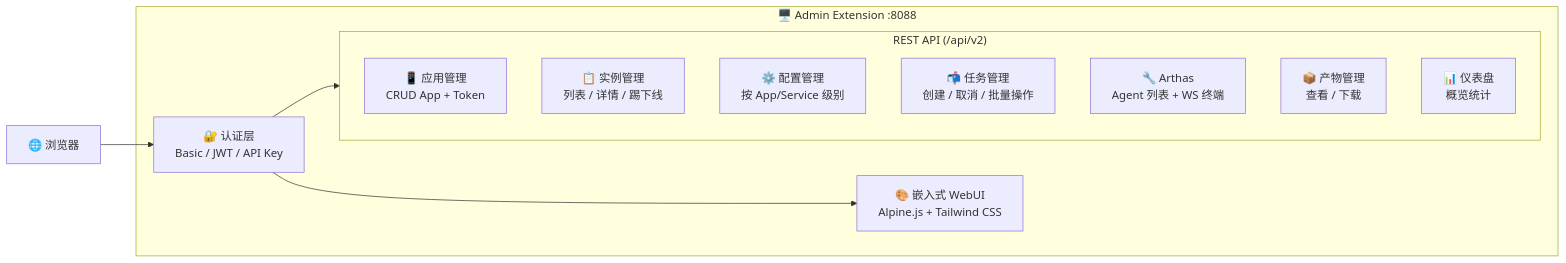
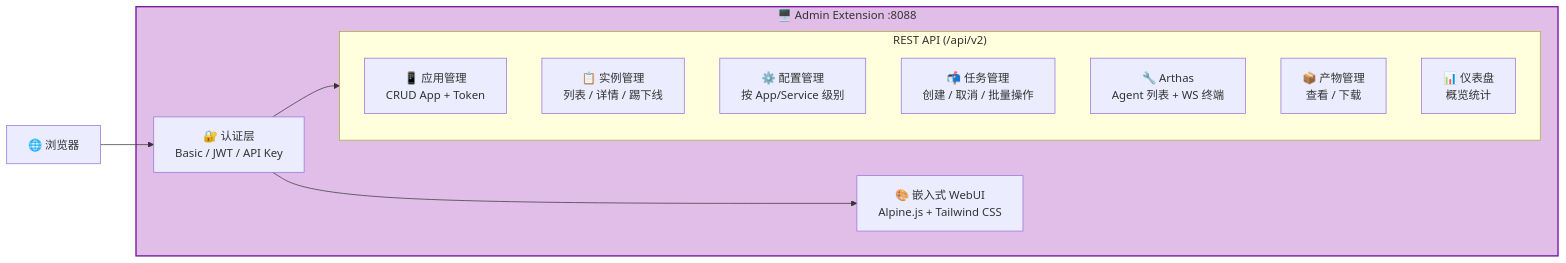
Before and after one commit to junjiewwang/custom-opentelemetry-collector: the seventh of 13 diagrams in README.md, drawn with Mermaid. The commit also changed other lines of this file, not shown here.

Commit message:
docs: 添加详细的 README.md 文档，包含架构图、组件详解和快速开始指南

````diff
--- a/README.md
+++ b/README.md
@@ -269,24 +285,26 @@
 ```mermaid
 graph LR
     Browser["🌐 浏览器"]
 
     subgraph Admin["🖥️ Admin Extension :8088"]
         Auth["🔐 认证层<br/>Basic / JWT / API Key"]
 
         subgraph APIs["REST API (/api/v2)"]
             AppAPI["📱 应用管理<br/>CRUD App + Token"]
             AgentAPI["📋 实例管理<br/>列表 / 详情 / 踢下线"]
             ConfigAPI["⚙️ 配置管理<br/>按 App/Service 级别"]
             TaskAPI["📬 任务管理<br/>创建 / 取消 / 批量操作"]
             ArthasAPI["🔧 Arthas<br/>Agent 列表 + WS 终端"]
             ArtifactAPI["📦 产物管理<br/>查看 / 下载"]
             DashAPI["📊 仪表盘<br/>概览统计"]
         end
 
         WebUI["🎨 嵌入式 WebUI<br/>Alpine.js + Tailwind CSS"]
     end
 
     Browser --> Auth
     Auth --> APIs
     Auth --> WebUI
+
+    style Admin fill:#E1BEE7,stroke:#7B1FA2,stroke-width:2px
 ```
````
